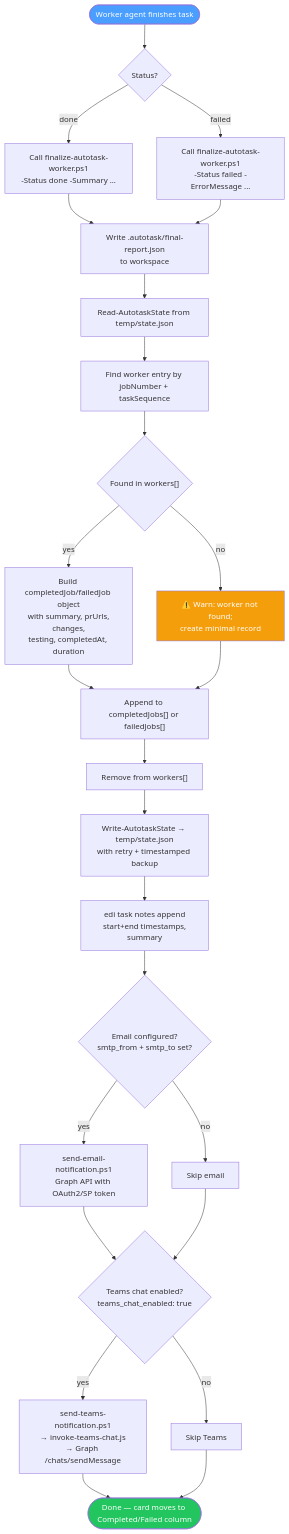
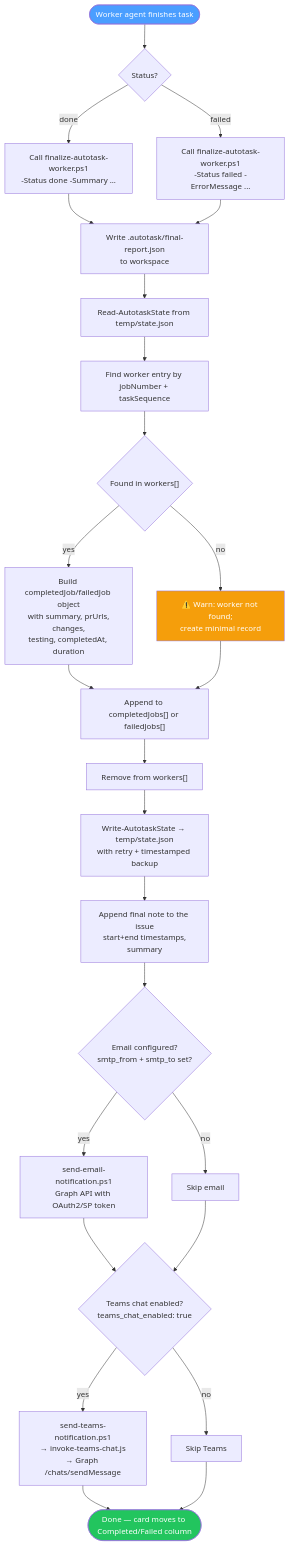
The fourth of 11 diagrams in docs/architecture-overview.md (cat-hoang/ai-studio), drawn with Mermaid before and after one commit. The commit also changed other lines of this file and 9 other files, not shown here.

````diff
--- a/docs/architecture-overview.md
+++ b/docs/architecture-overview.md
@@ -304,31 +224,31 @@
 ```mermaid
 flowchart TD
     A([Worker agent finishes task]) --> B{Status?}
     B -- done --> C[Call finalize-autotask-worker.ps1<br>-Status done -Summary ...]
     B -- failed --> D[Call finalize-autotask-worker.ps1<br>-Status failed -ErrorMessage ...]
     C --> E[Write .autotask/final-report.json<br>to workspace]
     D --> E
     E --> F[Read-AutotaskState from temp/state.json]
     F --> G[Find worker entry by jobNumber + taskSequence]
     G --> H{"Found in workers[]"}
     H -- yes --> I[Build completedJob/failedJob object<br> with summary, prUrls, changes,<br>testing, completedAt, duration]
     H -- no --> J[⚠️ Warn: worker not found;<br>create minimal record]
     I --> K["Append to completedJobs[] or failedJobs[]"]
     J --> K
     K --> L["Remove from workers[]"]
     L --> M[Write-AutotaskState → temp/state.json<br>with retry + timestamped backup]
-    M --> N[edi task notes append<br> start+end timestamps, summary]
+    M --> N[Append final note to the issue<br> start+end timestamps, summary]
     N --> O{Email configured?<br>smtp_from + smtp_to set?}
     O -- yes --> P[send-email-notification.ps1<br>Graph API with OAuth2/SP token]
     O -- no --> Q[Skip email]
     P --> R{Teams chat enabled?<br>teams_chat_enabled: true}
     Q --> R
     R -- yes --> S[send-teams-notification.ps1<br>→ invoke-teams-chat.js<br>→ Graph /chats/sendMessage]
     R -- no --> T[Skip Teams]
     S --> U([Done — card moves to Completed/Failed column])
     T --> U
 
     style A fill:#4a9eff,color:#fff
     style U fill:#22c55e,color:#fff
     style J fill:#f59e0b,color:#fff
 ```
````
